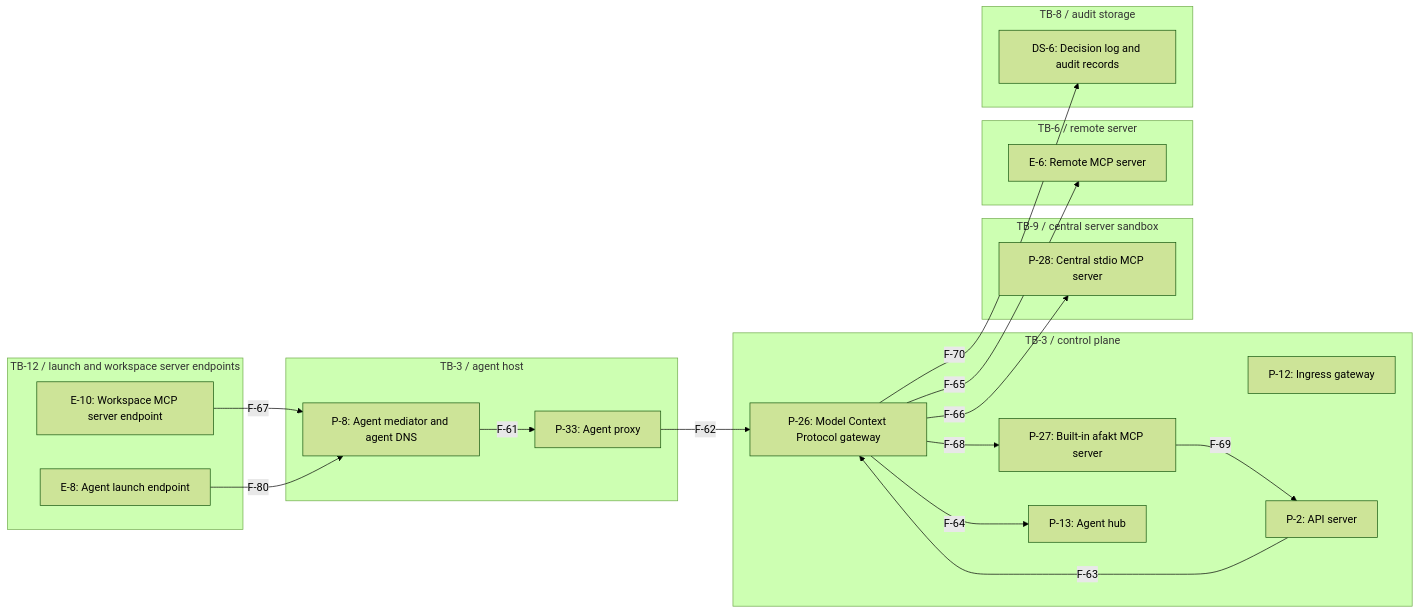
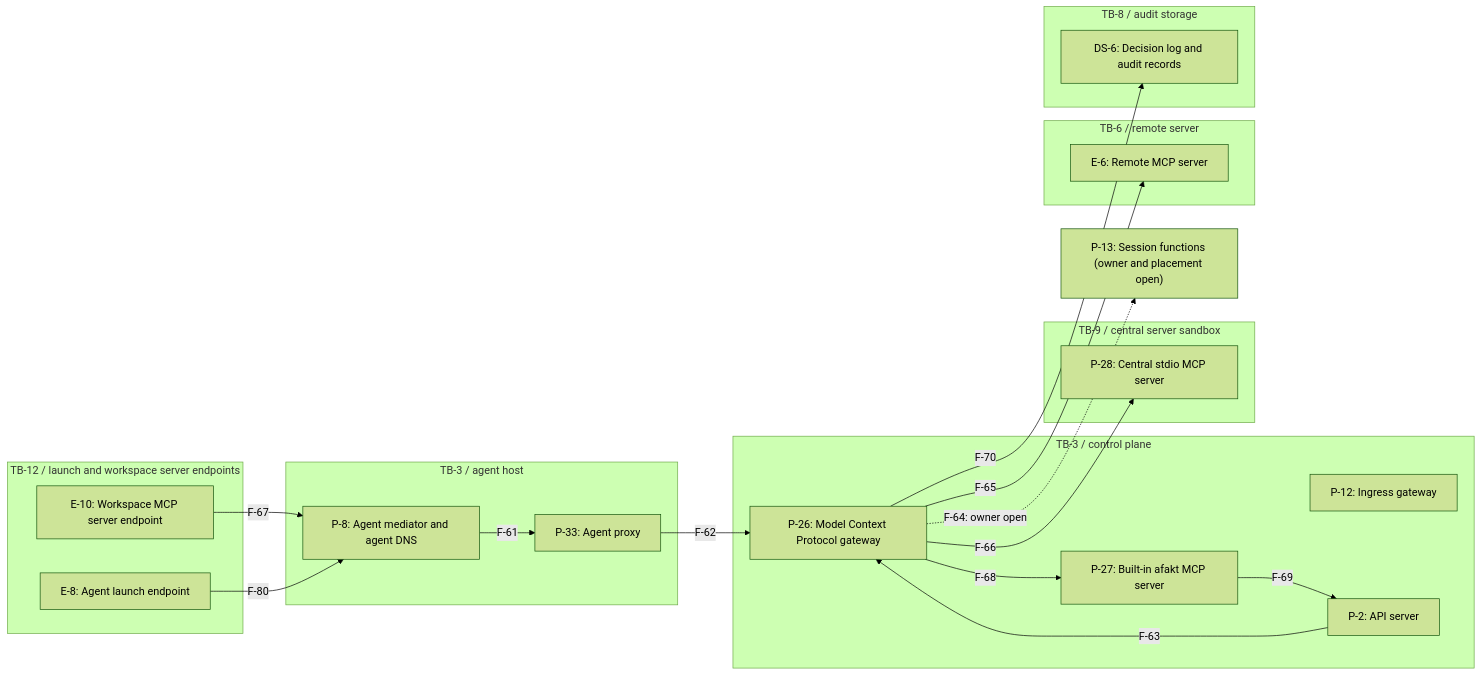
Before and after one commit to tbhb-dev/afakt: the eighth of 16 diagrams in docs/agent-threat-model.md, drawn with Mermaid (forest theme). The commit also changed other lines of this file and 96 other files, not shown here.

````diff
--- a/docs/agent-threat-model.md
+++ b/docs/agent-threat-model.md
@@ -447,38 +444,38 @@
 ```mermaid
 flowchart LR
+    P-13["P-13: Session functions (owner and placement open)"]
     subgraph z0["TB-12 / launch and workspace server endpoints"]
         E-8["E-8: Agent launch endpoint"]
         E-10["E-10: Workspace MCP server endpoint"]
     end
     subgraph z1["TB-3 / agent host"]
         P-8["P-8: Agent mediator and agent DNS"]
         P-33["P-33: Agent proxy"]
     end
     subgraph z2["TB-3 / control plane"]
         P-12["P-12: Ingress gateway"]
         P-2["P-2: API server"]
         P-26["P-26: Model Context Protocol gateway"]
         P-27["P-27: Built-in afakt MCP server"]
-        P-13["P-13: Agent hub"]
     end
     subgraph z3["TB-9 / central server sandbox"]
         P-28["P-28: Central stdio MCP server"]
     end
     subgraph z4["TB-6 / remote server"]
         E-6["E-6: Remote MCP server"]
     end
     subgraph z5["TB-8 / audit storage"]
         DS-6["DS-6: Decision log and audit records"]
     end
     P-8 -->|"F-61"| P-33
     P-33 -->|"F-62"| P-26
     P-2 -->|"F-63"| P-26
-    P-26 -->|"F-64"| P-13
+    P-26 -.->|"F-64: owner open"| P-13
     P-26 -->|"F-65"| E-6
     P-26 -->|"F-66"| P-28
     E-10 -->|"F-67"| P-8
     P-26 -->|"F-68"| P-27
     P-27 -->|"F-69"| P-2
     P-26 -->|"F-70"| DS-6
     E-8 -->|"F-80"| P-8
 ```
````
